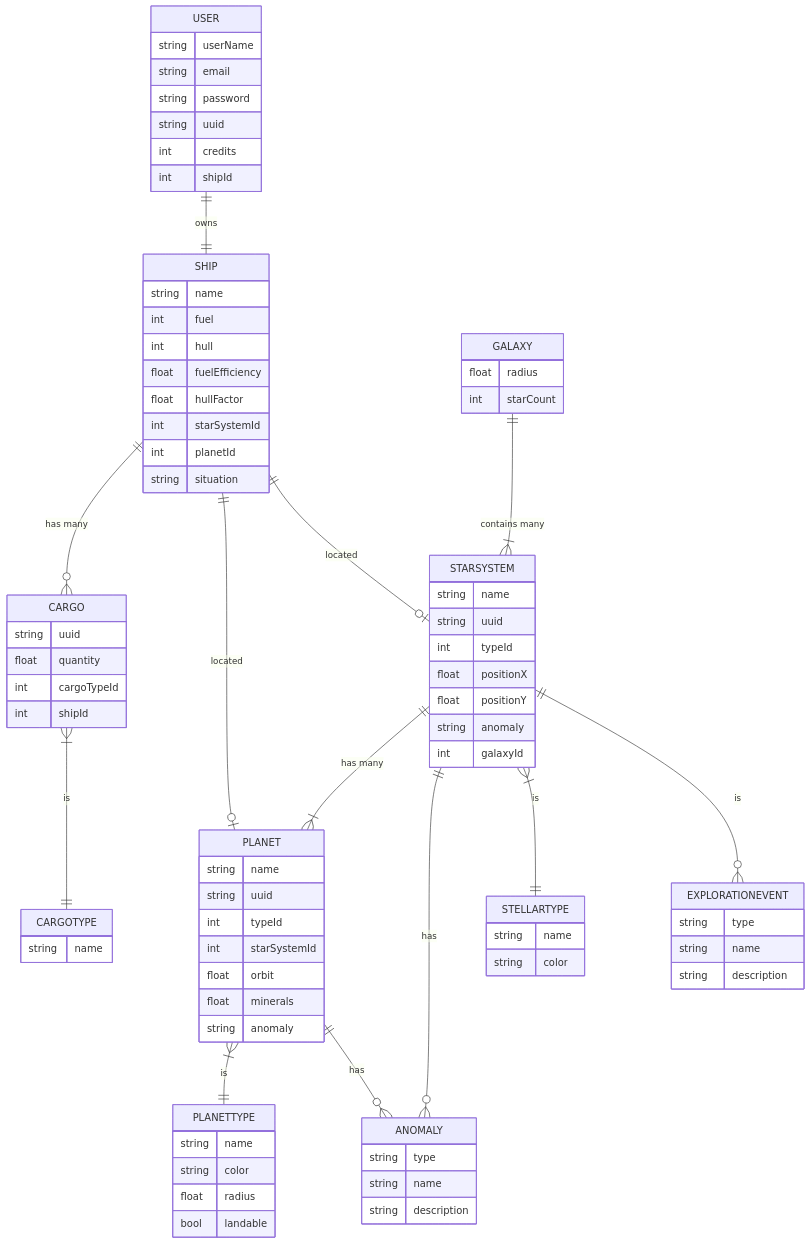
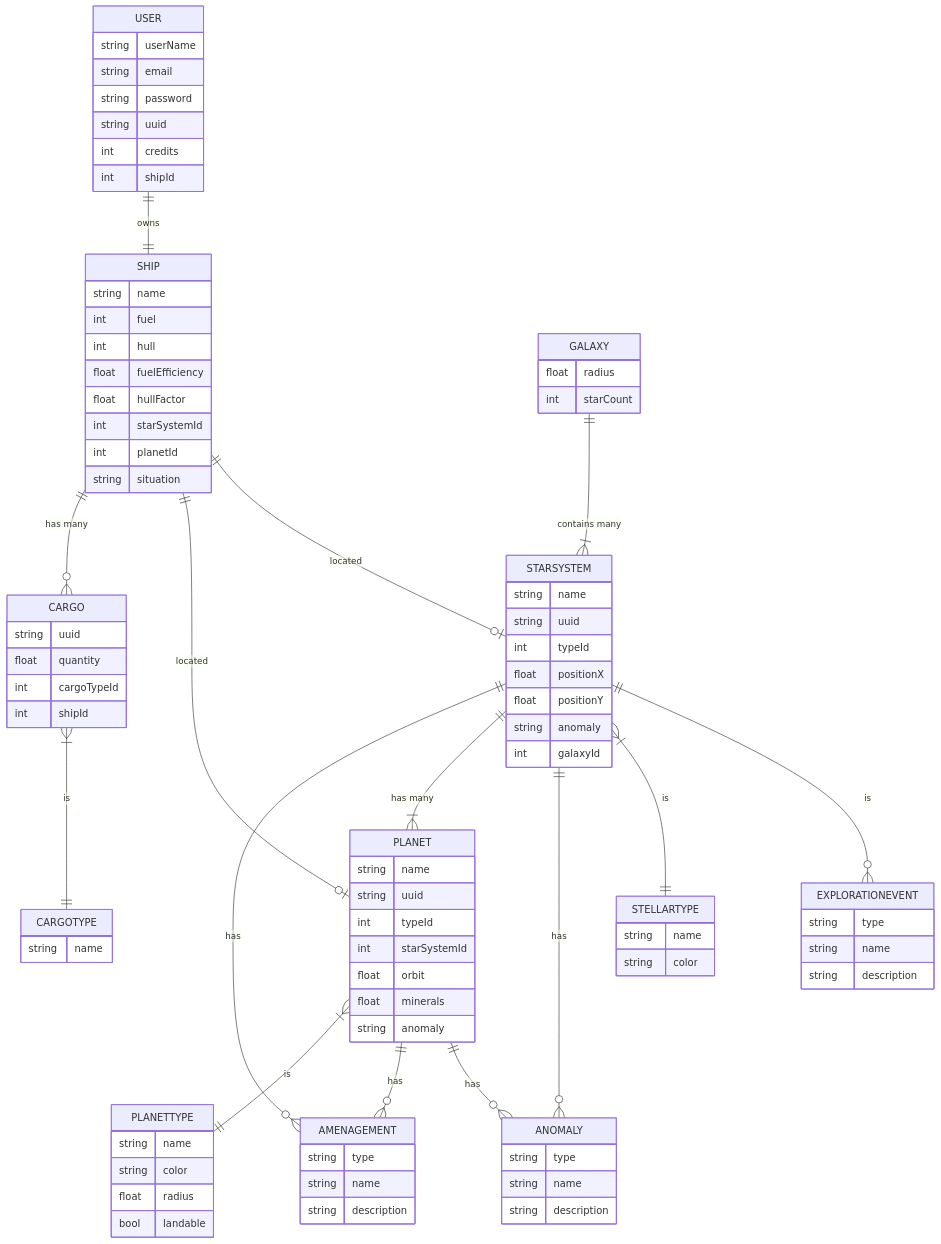
One commit to QuentinVB/VueFTL changed the diagram in vue-ftl-database/README.md. Above: the diagram before and after it, drawn with Mermaid.

Commit message:
added amenagement concept to data schema

````diff
--- a/vue-ftl-database/README.md
+++ b/vue-ftl-database/README.md
@@ -51,6 +51,7 @@
     STARSYSTEM }|--|| STELLARTYPE : is
     STARSYSTEM ||--o{ ANOMALY : has
     STARSYSTEM ||--|{ PLANET : "has many"
+    STARSYSTEM ||--o{ AMENAGEMENT : has
     STARSYSTEM {
         string name
         string uuid	
@@ -64,7 +65,13 @@
         string name
         string color
     }
+        AMENAGEMENT {
+        string type
+        string name
+        string description
+    }
     PLANET ||--o{ ANOMALY : has
+    PLANET ||--o{ AMENAGEMENT : has
     PLANET }|--|| PLANETTYPE : is
     PLANET {
         string name
@@ -91,4 +98,5 @@
         string name
         string description
     }
+
 ```
````
